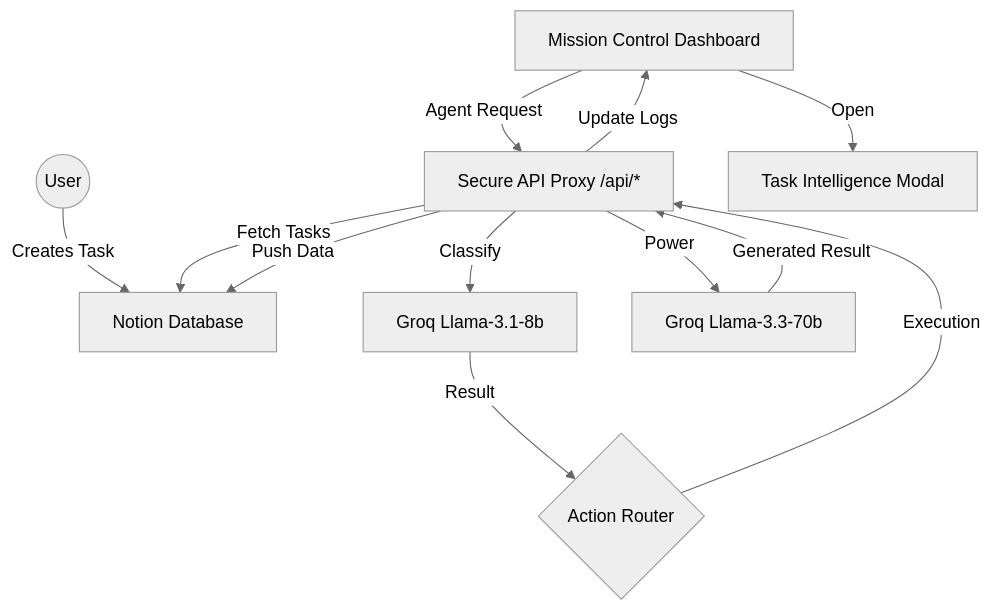
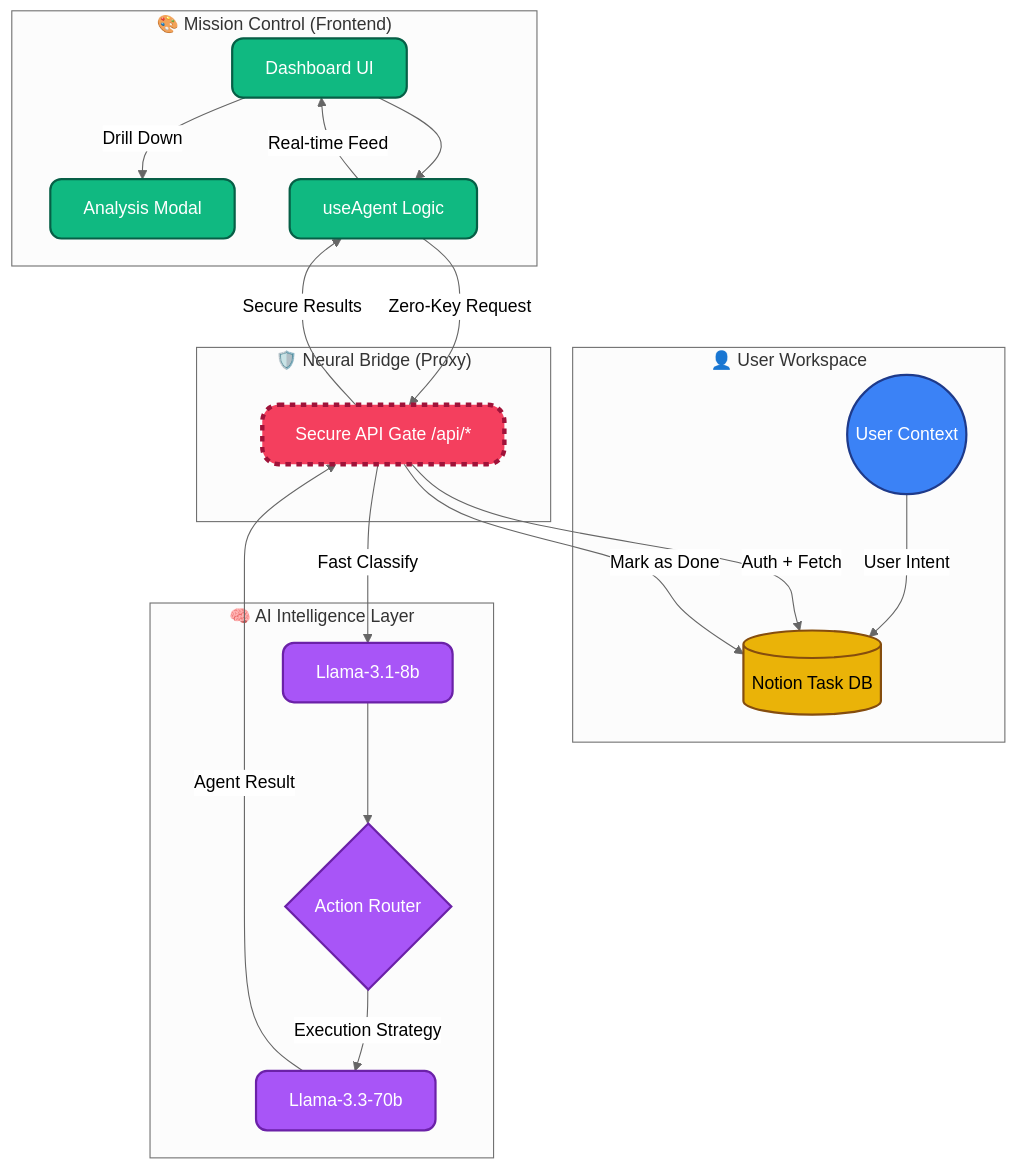
One commit to KGFCH2/AutoDesk-AI changed the diagram in ARCHITECTURE.md. Above: the diagram before and after it, drawn with Mermaid (neutral theme). The commit also changed 1 other file, not shown here.

Commit message:
Updated Diagram

````diff
--- a/ARCHITECTURE.md
+++ b/ARCHITECTURE.md
@@ -7,17 +7,47 @@
 ```mermaid
 graph TD
-    User((User)) -->|Creates Task| Notion[Notion Database]
-    Sub[Mission Control Dashboard] -->|Agent Request| Proxy[Secure API Proxy /api/*]
-    Proxy -->|Fetch Tasks| Notion
+    %% Define Styles
+    classDef user fill:#3b82f6,stroke:#1e3a8a,stroke-width:2px,color:#fff,rx:10,ry:10
+    classDef frontend fill:#10b981,stroke:#065f46,stroke-width:2px,color:#fff,rx:10,ry:10
+    classDef proxy fill:#f43f5e,stroke:#9f1239,stroke-width:4px,color:#fff,stroke-dasharray: 5 5,rx:15,ry:15
+    classDef notion fill:#eab308,stroke:#854d0e,stroke-width:2px,color:#000,rx:10,ry:10
+    classDef ai fill:#a855f7,stroke:#6b21a8,stroke-width:2px,color:#fff,rx:10,ry:10
+
+    subgraph "👤 User Workspace"
+        User((User Context)):::user
+        Notion[(Notion Task DB)]:::notion
+    end
+
+    subgraph "🎨 Mission Control (Frontend)"
+        Sub[Dashboard UI]:::frontend
+        Modal[Analysis Modal]:::frontend
+        Hook[useAgent Logic]:::frontend
+    end
+
+    subgraph "🛡️ Neural Bridge (Proxy)"
+        Proxy[Secure API Gate /api/*]:::proxy
+    end
+
+    subgraph "🧠 AI Intelligence Layer"
+        GroqFast[Llama-3.1-8b]:::ai
+        GroqPower[Llama-3.3-70b]:::ai
+        Router{Action Router}:::ai
+    end
+
+    %% Connections
+    User -->|User Intent| Notion
+    Sub --> Hook
+    Hook -->|Zero-Key Request| Proxy
     
-    Proxy -->|Classify| GroqFast[Groq Llama-3.1-8b]
-    GroqFast -->|Result| Router{Action Router}
+    Proxy -->|Auth + Fetch| Notion
+    Proxy -->|Fast Classify| GroqFast
+    GroqFast --> Router
     
-    Router -->|Execution| Proxy
-    Proxy -->|Power| GroqPower[Groq Llama-3.3-70b]
-    GroqPower -->|Generated Result| Proxy
-    Proxy -->|Push Data| Notion
+    Router -->|Execution Strategy| GroqPower
+    GroqPower -->|Agent Result| Proxy
     
-    Proxy -->|Update Logs| Sub
-    Sub -->|Open| Modal[Task Intelligence Modal]
+    Proxy -->|Mark as Done| Notion
+    Proxy -->|Secure Results| Hook
+    Hook -->|Real-time Feed| Sub
+    Sub -->|Drill Down| Modal
 ```
````
